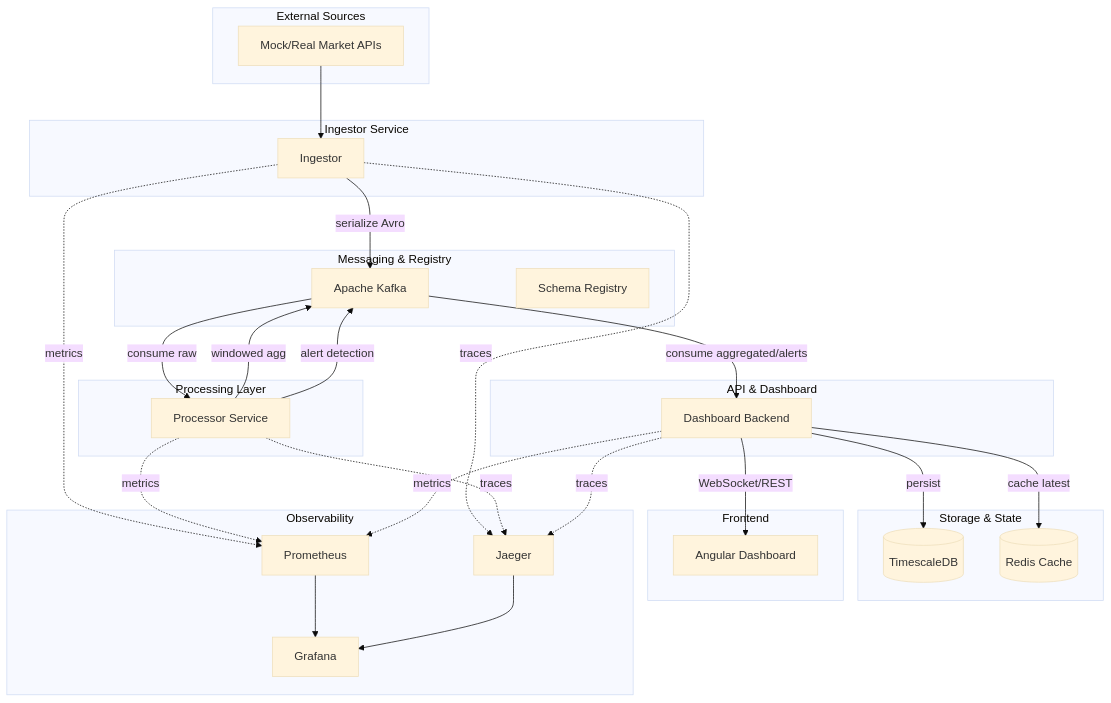
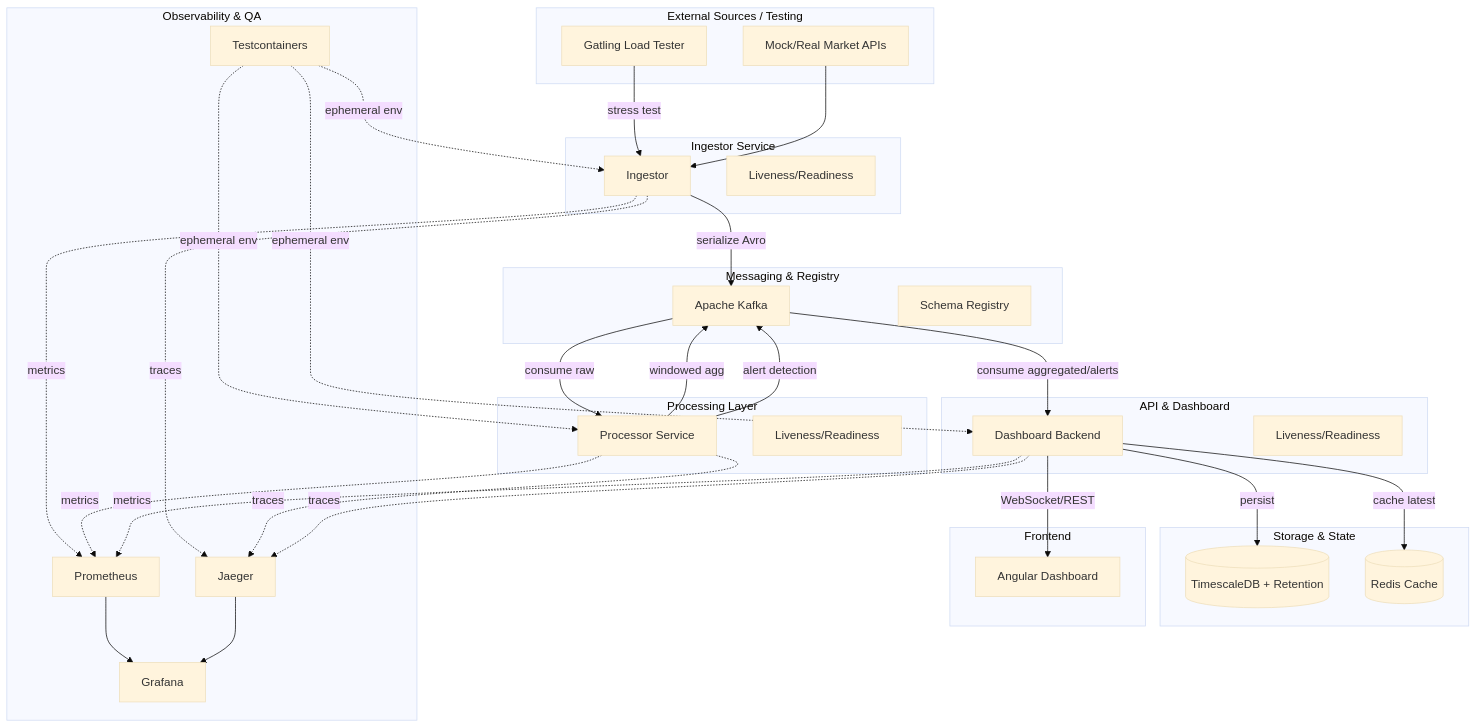
One commit to dawidbera/market-data-pipeline changed the first of 2 diagrams in README.md. Above: the diagram before and after it, drawn with Mermaid (base theme). The commit also changed other lines of this file, not shown here.

Commit message:
docs: update architecture diagrams and testing documentation in README

````diff
--- a/README.md
+++ b/README.md
@@ -17,53 +17,60 @@
 ```mermaid
 graph TD
-    subgraph "External Sources"
+    subgraph "External Sources / Testing"
         APIs[Mock/Real Market APIs]
+        GAT[Gatling Load Tester]
     end
 
     subgraph "Ingestor Service"
         IS[Ingestor]
+        IS_H[Liveness/Readiness]
     end
 
     subgraph "Messaging & Registry"
         K[Apache Kafka]
         SR[Schema Registry]
     end
 
     subgraph "Processing Layer"
         PS[Processor Service]
+        PS_H[Liveness/Readiness]
         PS -- windowed agg --> K
         PS -- alert detection --> K
     end
 
     subgraph "Storage & State"
-        DB[(TimescaleDB)]
+        DB[(TimescaleDB + Retention)]
         R[(Redis Cache)]
     end
 
     subgraph "API & Dashboard"
         DS[Dashboard Backend]
+        DS_H[Liveness/Readiness]
     end
 
     subgraph "Frontend"
         FE[Angular Dashboard]
     end
 
-    subgraph "Observability"
+    subgraph "Observability & QA"
         PROM[Prometheus]
         GRAF[Grafana]
         JAEG[Jaeger]
+        TC[Testcontainers]
     end
 
+    GAT -- stress test --> IS
     APIs --> IS
     IS -- serialize Avro --> K
     K -- consume raw --> PS
     K -- consume aggregated/alerts --> DS
     DS -- persist --> DB
     DS -- cache latest --> R
     DS -- WebSocket/REST --> FE
 
-    %% Observability flows
+    %% Observability & Health
     IS & PS & DS -. metrics .-> PROM
     IS & PS & DS -. traces .-> JAEG
     PROM & JAEG --> GRAF
+    TC -. ephemeral env .-> IS & PS & DS
 ```
````
